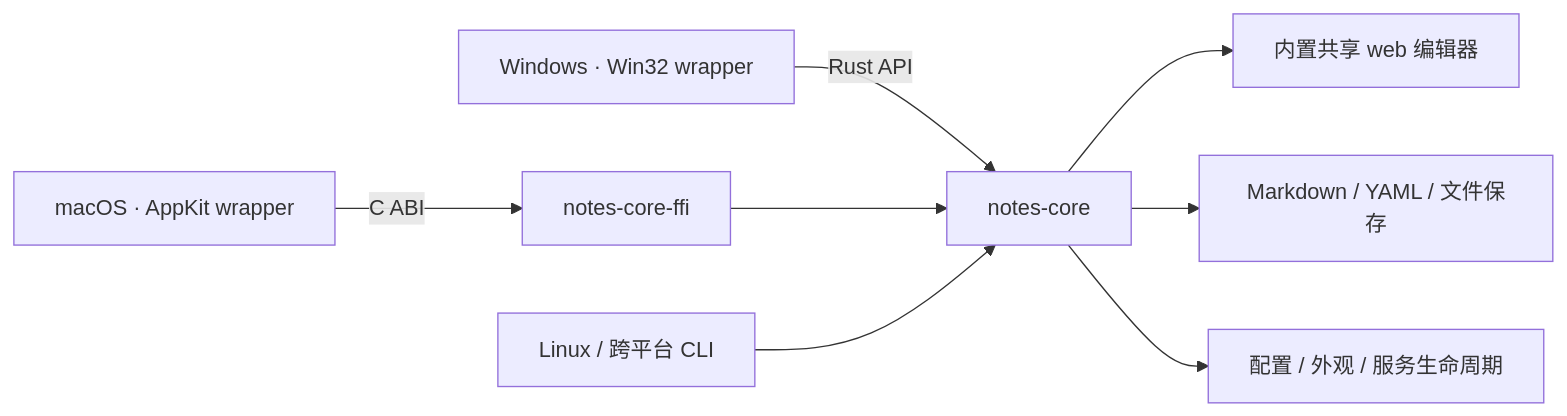
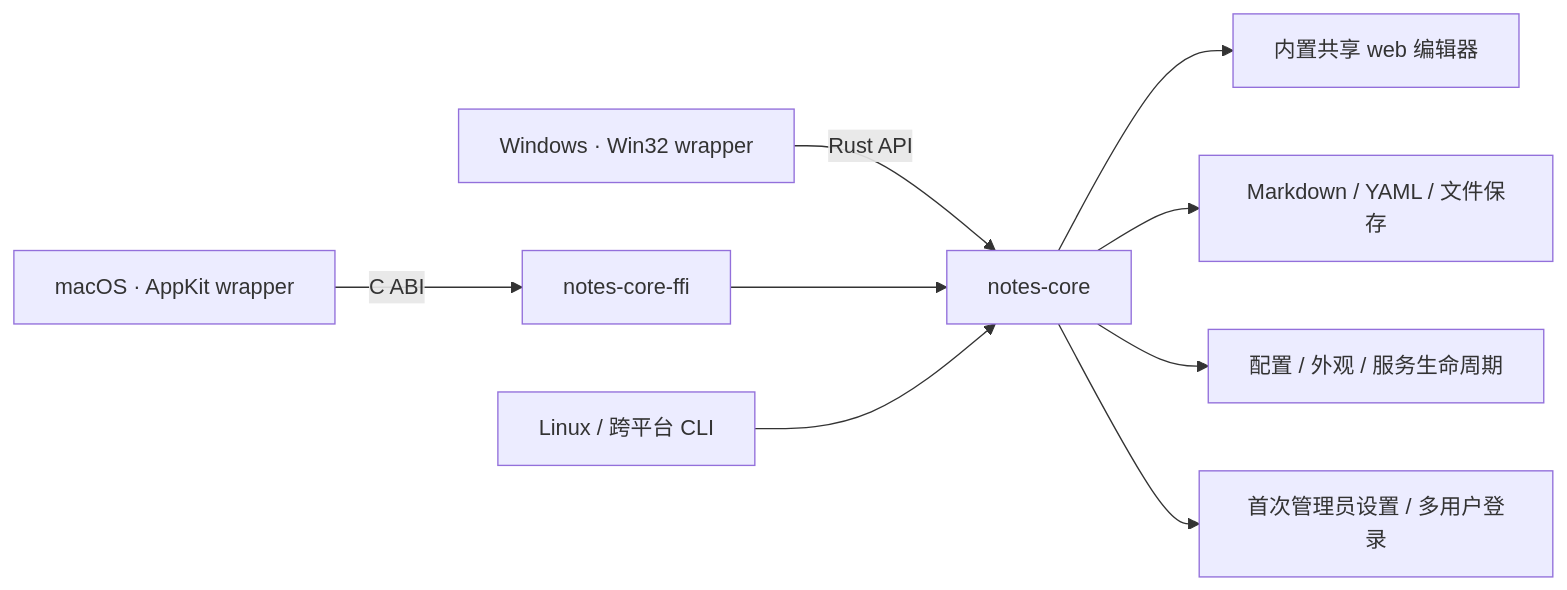
The diagram in README.md (HSPK/notes-app), drawn with Mermaid before and after one commit. The commit also changed other lines of this file and 271 other files, not shown here.

````diff
--- a/README.md
+++ b/README.md
@@ -9,10 +9,11 @@
 ```mermaid
 flowchart LR
   Windows["Windows · Win32 wrapper"] -->|Rust API| Core["notes-core"]
   macOS["macOS · AppKit wrapper"] -->|C ABI| Bridge["notes-core-ffi"]
   Bridge --> Core
   CLI["Linux / 跨平台 CLI"] --> Core
   Core --> Web["内置共享 web 编辑器"]
   Core --> Files["Markdown / YAML / 文件保存"]
   Core --> Settings["配置 / 外观 / 服务生命周期"]
+  Core --> Auth["首次管理员设置 / 多用户登录"]
 ```
````
